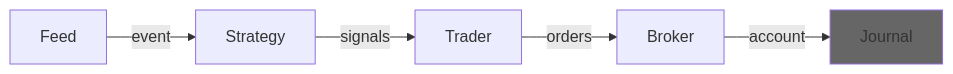
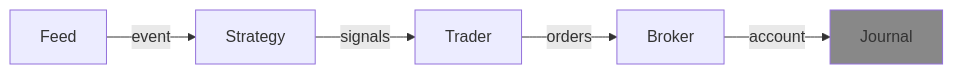
Before and after one commit to neurallayer/roboquant.py: the diagram in docs/core/journal.md, drawn with Mermaid. The commit also changed 21 other files, not shown here.

````diff
--- a/docs/core/journal.md
+++ b/docs/core/journal.md
@@ -11,13 +11,13 @@
 ```mermaid
 flowchart LR
  
     Feed["Feed"]
     Strategy["Strategy"]
     Trader["Trader"]
     Broker["Broker"]
     Journal["Journal"]
     
     Feed -- event --> Strategy -- signals --> Trader -- orders --> Broker -- account --> Journal 
 
-    style Journal fill:#666
+    style Journal fill:#888
 ```
````
